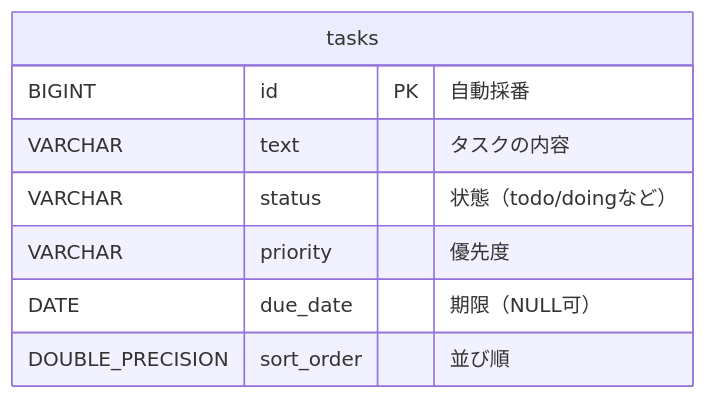
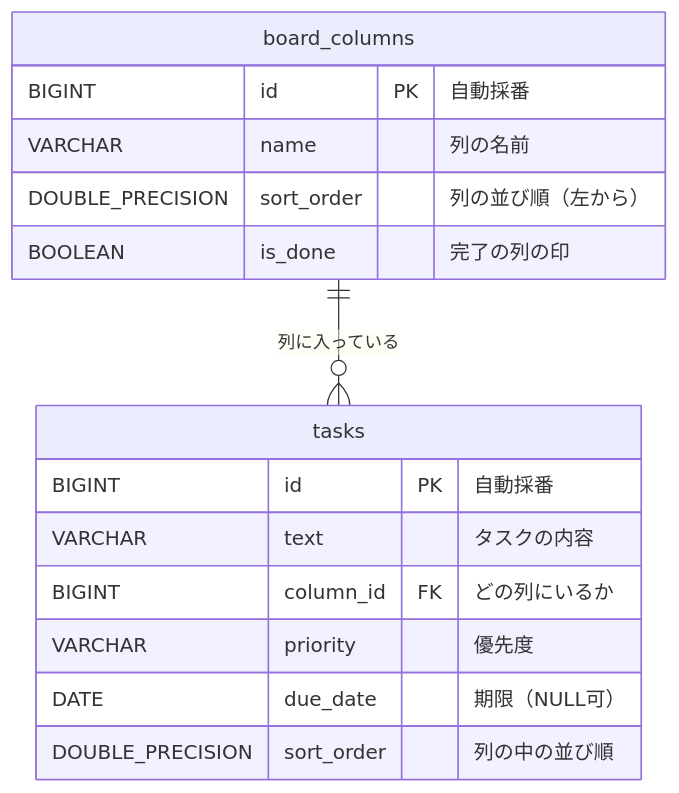
Before and after one commit to pirishiki/taskmanagement: the diagram in backend/DB設計書.md, drawn with Mermaid. The commit also changed other lines of this file and 4 other files, not shown here.

````diff
--- a/backend/DB設計書.md
+++ b/backend/DB設計書.md
@@ -9,11 +9,18 @@
 ```mermaid
 erDiagram
+    board_columns ||--o{ tasks : "列に入っている"
+    board_columns {
+        BIGINT id PK "自動採番"
+        VARCHAR name "列の名前"
+        DOUBLE_PRECISION sort_order "列の並び順（左から）"
+        BOOLEAN is_done "完了の列の印"
+    }
     tasks {
         BIGINT id PK "自動採番"
         VARCHAR text "タスクの内容"
-        VARCHAR status "状態（todo/doingなど）"
+        BIGINT column_id FK "どの列にいるか"
         VARCHAR priority "優先度"
         DATE due_date "期限（NULL可）"
-        DOUBLE_PRECISION sort_order "並び順"
+        DOUBLE_PRECISION sort_order "列の中の並び順"
     }
 ```
````
